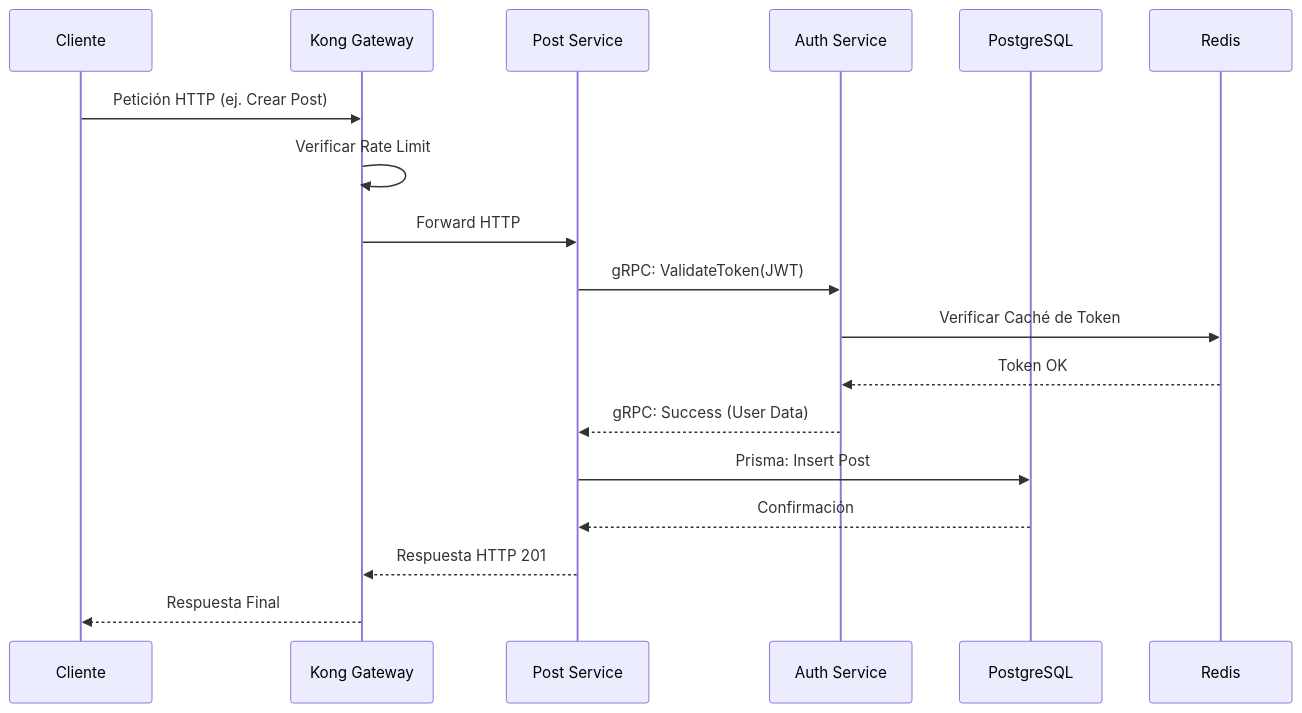
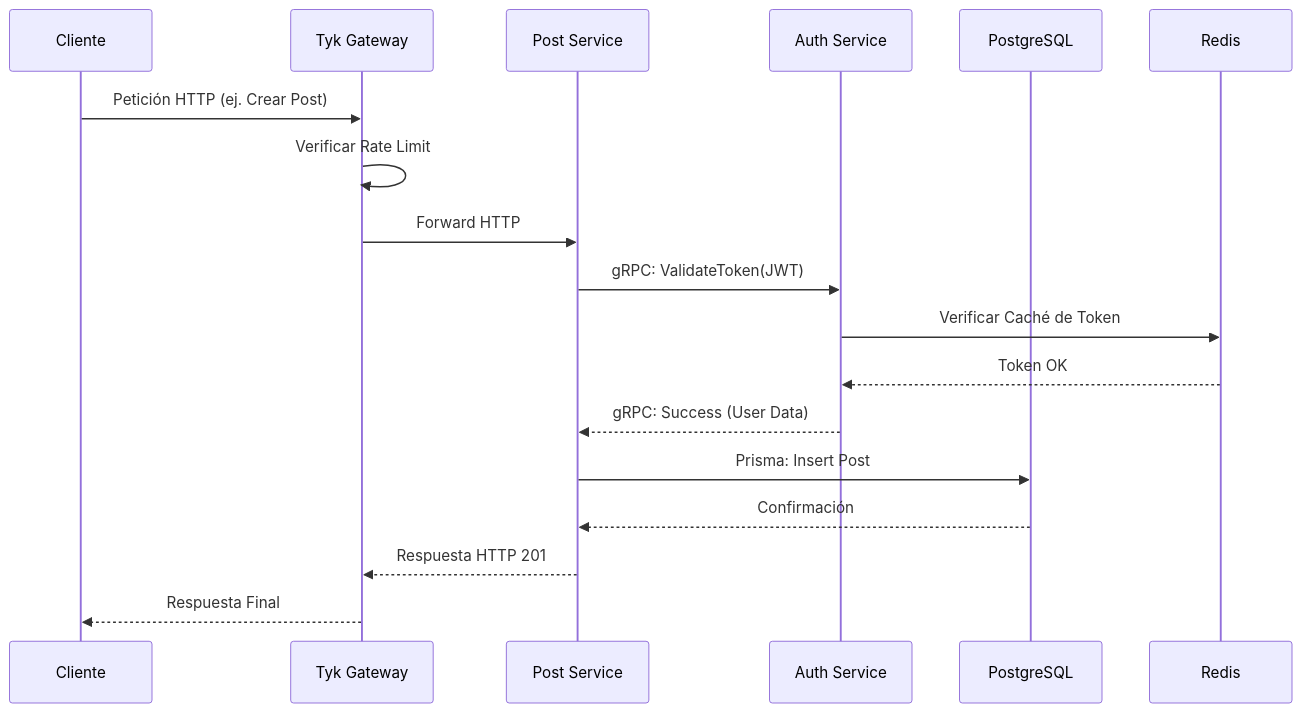
Before and after one commit to bleidertcs/ecommerce-microservices: the second of 2 diagrams in README.md, drawn with Mermaid. The commit also changed other lines of this file and 17 other files, not shown here.

Commit message:
feat: Migrate from Kong to Tyk API Gateway, update configurations, and add health check endpoints for Auth and Post services

````diff
--- a/README.md
+++ b/README.md
@@ -64,21 +64,21 @@
 ```mermaid
 sequenceDiagram
     participant C as Cliente
-    participant K as Kong Gateway
+    participant K as Tyk Gateway
     participant P as Post Service
     participant A as Auth Service
     participant DB as PostgreSQL
     participant R as Redis
 
     C->>K: Petición HTTP (ej. Crear Post)
     K->>K: Verificar Rate Limit
     K->>P: Forward HTTP
     P->>A: gRPC: ValidateToken(JWT)
     A->>R: Verificar Caché de Token
     R-->>A: Token OK
     A-->>P: gRPC: Success (User Data)
     P->>DB: Prisma: Insert Post
     DB-->>P: Confirmación
     P-->>K: Respuesta HTTP 201
     K-->>C: Respuesta Final
 ```
````
